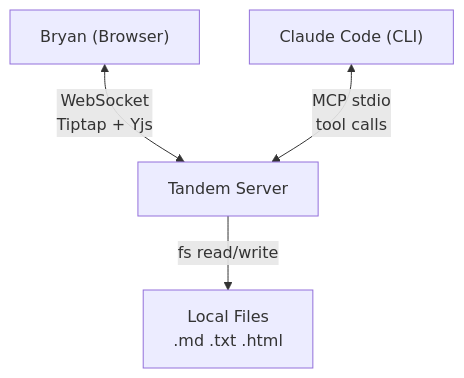
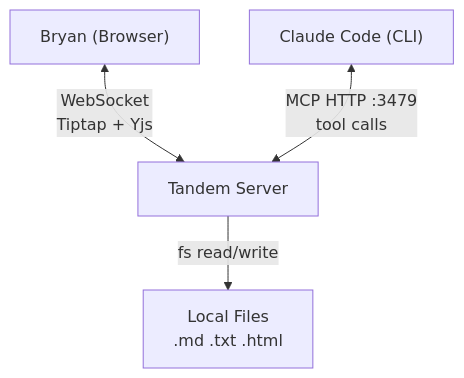
One commit to bloknayrb/tandem changed the first of 2 diagrams in docs/architecture.md. Above: the diagram before and after it, drawn with Mermaid. The commit also changed other lines of this file and 10 other files, not shown here.

First line of the commit message:
fix(server): migrate MCP from stdio to Streamable HTTP transport (#8)

````diff
--- a/docs/architecture.md
+++ b/docs/architecture.md
@@ -5,10 +5,10 @@
 ```mermaid
 graph TB
     User["Bryan (Browser)"]
     Claude["Claude Code (CLI)"]
     Tandem["Tandem Server"]
 
     User <-->|WebSocket<br/>Tiptap + Yjs| Tandem
-    Claude <-->|MCP stdio<br/>tool calls| Tandem
+    Claude <-->|MCP HTTP :3479<br/>tool calls| Tandem
     Tandem -->|fs read/write| Files["Local Files<br/>.md .txt .html"]
 ```
````
